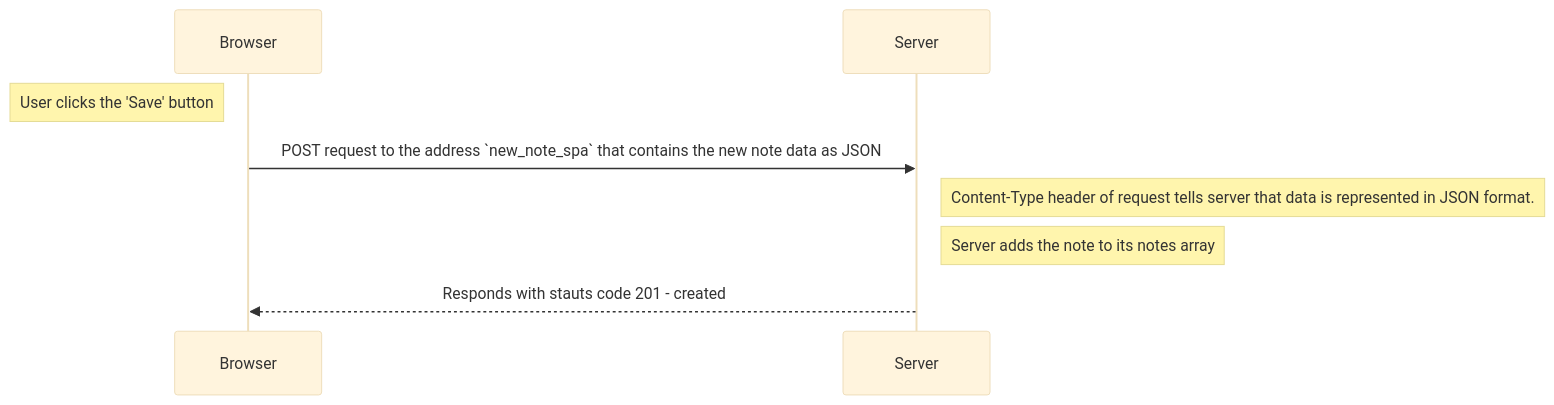
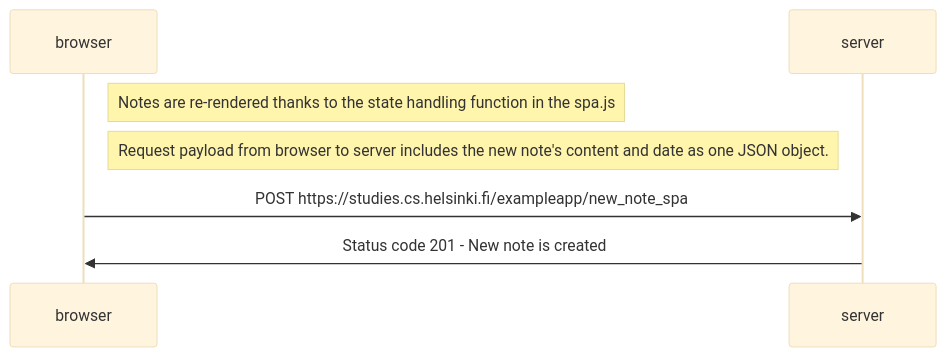
The third of 3 diagrams in part0/EXERCISES.md (kuzeyaldemir0/full-stack-open), drawn with Mermaid (base theme) before and after one commit. The commit also changed other lines of this file, not shown here.

````diff
--- a/part0/EXERCISES.md
+++ b/part0/EXERCISES.md
@@ -38,12 +51,12 @@
 ```mermaid
 sequenceDiagram
-    participant Browser
-    participant Server
+    participant browser
+    participant server
     
-    Note left of Browser: User clicks the 'Save' button
-    Browser->>Server: POST request to the address `new_note_spa` that contains the new note data as JSON
-    
-    Note right of Server: Content-Type header of request tells server that data is represented in JSON format.
-    Note right of Server: Server adds the note to its notes array
-    Server-->>Browser: Responds with stauts code 201 - created
+    note right of browser: Notes are re-rendered thanks to the state handling function in the spa.js
+    note right of browser: Request payload from browser to server includes the new note's content and date as one JSON object.
+
+    browser->>server: POST https://studies.cs.helsinki.fi/exampleapp/new_note_spa
+    server->>browser: Status code 201 - New note is created
+
 ```
````
